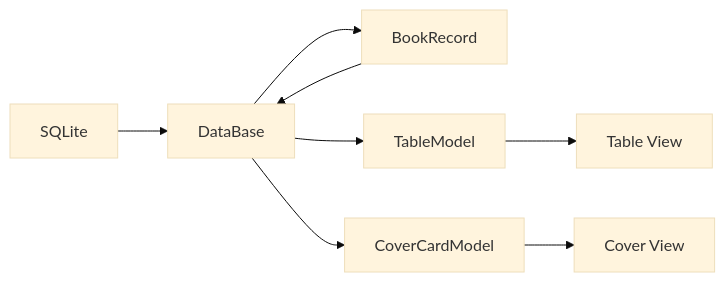
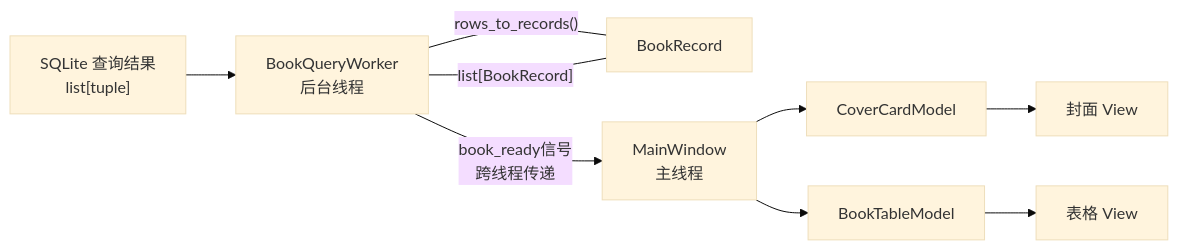
The first of 2 diagrams in README.md (seek2ever/Eternity-Library), drawn with Mermaid (base theme) before and after one commit. The commit also changed other lines of this file, not shown here.

Commit message:
docs: 更新README.md，完善数据转换流程和时序图说明

````diff
--- a/README.md
+++ b/README.md
@@ -53,10 +43,11 @@
 ```mermaid
 flowchart LR
-    A[SQLite] --> B[DataBase]
-    B --> C[BookRecord]
-    C --> B
-    B --> D[TableModel]
-    B --> E[CoverCardModel]
-    D --> F[Table View]
-    E --> G[Cover View]    
+    A["SQLite 查询结果<br/>list[tuple]"] --> B["BookQueryWorker<br/>后台线程"]
+    B -- "rows_to_records()" --- C["BookRecord"]
+    C -- "list[BookRecord]" --- B
+    B -- "book_ready信号<br/>跨线程传递" --> D["MainWindow<br/>主线程"]
+    D --> E["CoverCardModel"]
+    D --> F["BookTableModel"]
+    E --> G["封面 View"]
+    F --> H["表格 View"]
 ```
````
